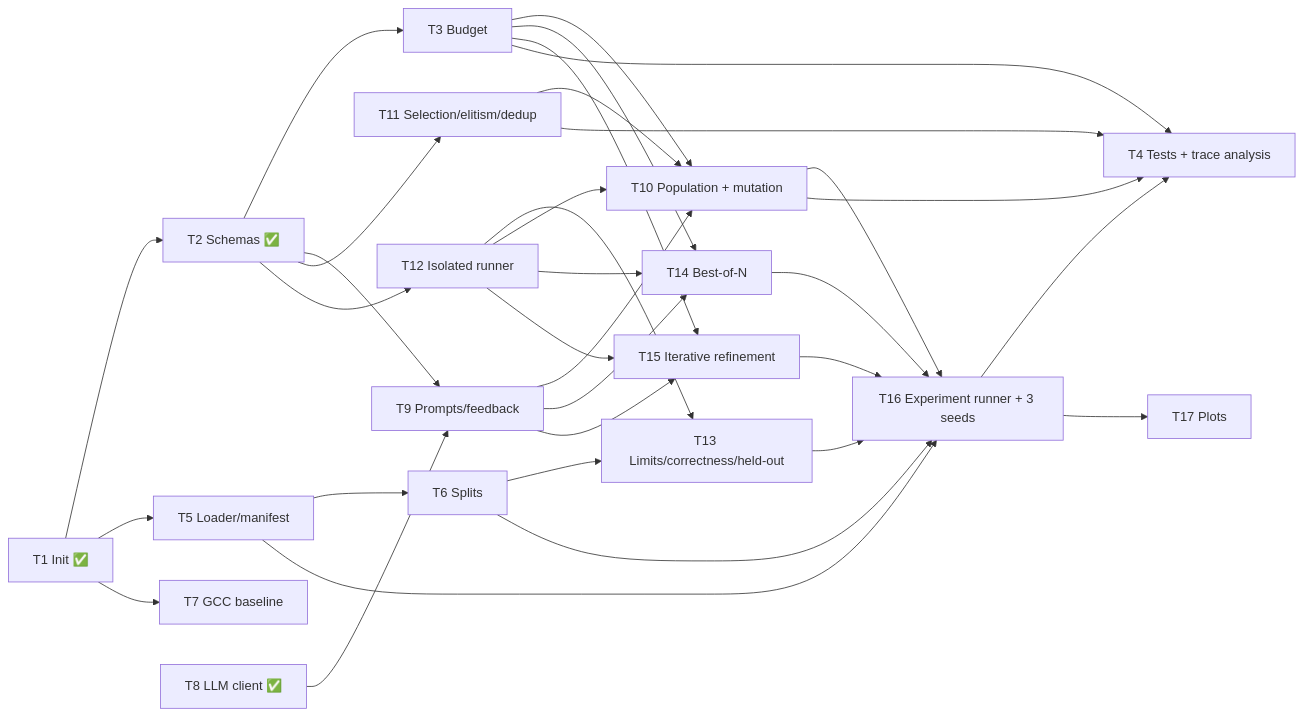
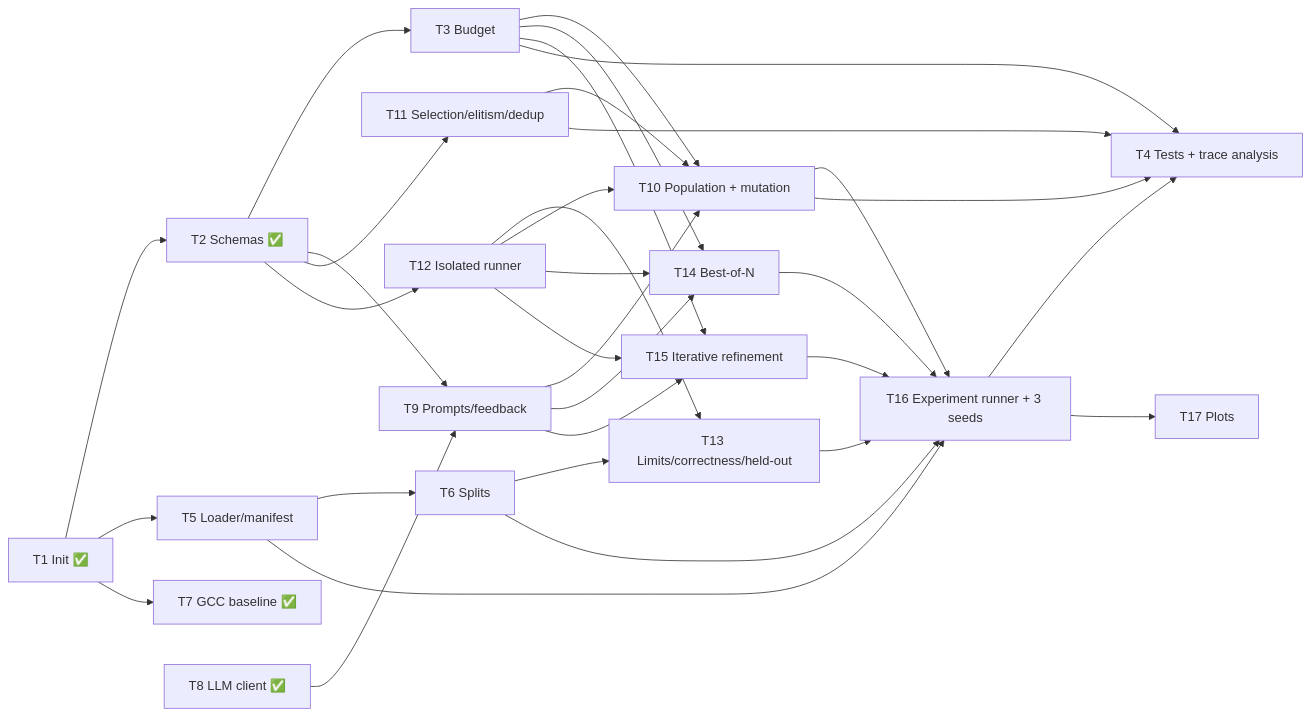
Before and after one commit to datphamvn/asmevo: the diagram in docs/coding-tracking.md, drawn with Mermaid. The commit also changed other lines of this file and 1 other file, not shown here.

Commit message:
[T7]add: docs mark T7 GCC baseline complete and add results

````diff
--- a/docs/coding-tracking.md
+++ b/docs/coding-tracking.md
@@ -33,35 +33,35 @@
 ```mermaid
 graph LR
   T1[T1 Init ✅] --> T2[T2 Schemas ✅]
   T1 --> T5[T5 Loader/manifest]
-  T1 --> T7[T7 GCC baseline]
+  T1 --> T7[T7 GCC baseline ✅]
   T5 --> T6[T6 Splits]
   T8[T8 LLM client ✅] --> T9[T9 Prompts/feedback]
   T2 --> T3[T3 Budget]
   T2 --> T9
   T2 --> T11[T11 Selection/elitism/dedup]
   T2 --> T12[T12 Isolated runner]
   T12 --> T13[T13 Limits/correctness/held-out]
   T6 --> T13
   T3 --> T10[T10 Population + mutation]
   T9 --> T10
   T11 --> T10
   T12 --> T10
   T3 --> T14[T14 Best-of-N]
   T9 --> T14
   T12 --> T14
   T3 --> T15[T15 Iterative refinement]
   T9 --> T15
   T12 --> T15
   T5 --> T16[T16 Experiment runner + 3 seeds]
   T6 --> T16
   T10 --> T16
   T13 --> T16
   T14 --> T16
   T15 --> T16
   T3 --> T4[T4 Tests + trace analysis]
   T10 --> T4
   T11 --> T4
   T16 --> T4
   T16 --> T17[T17 Plots]
 ```
````
